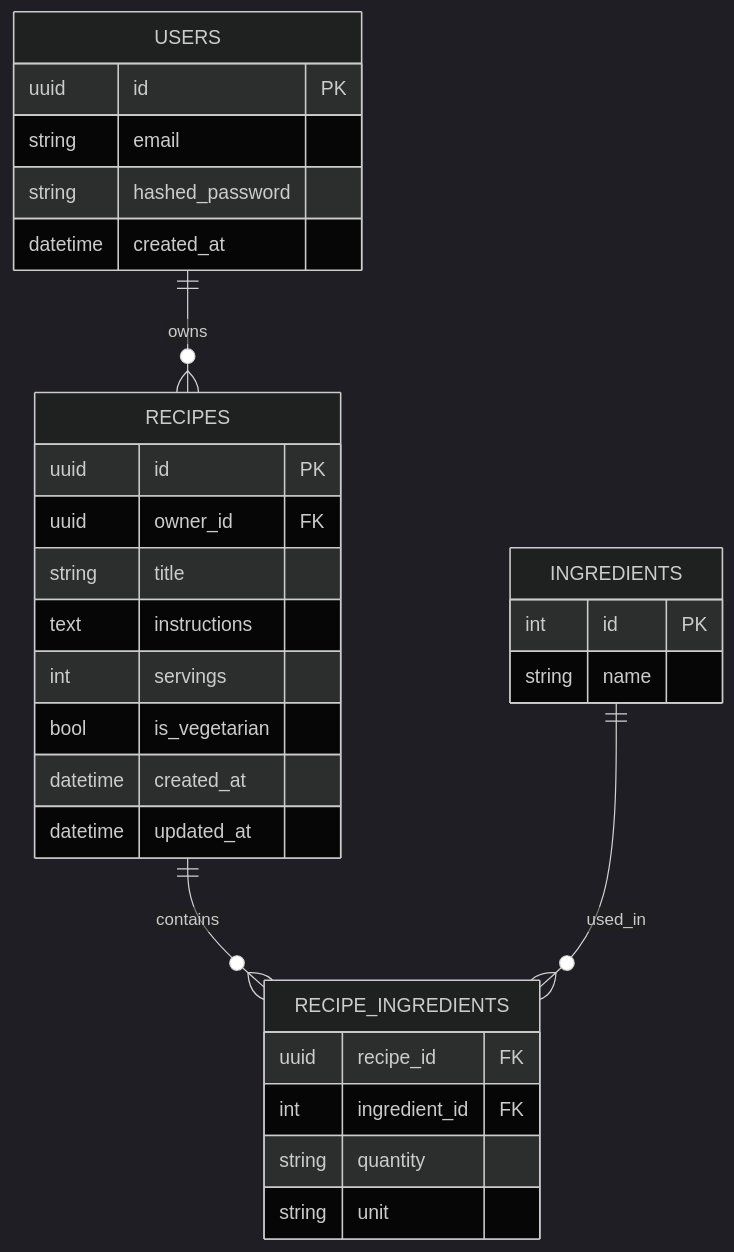
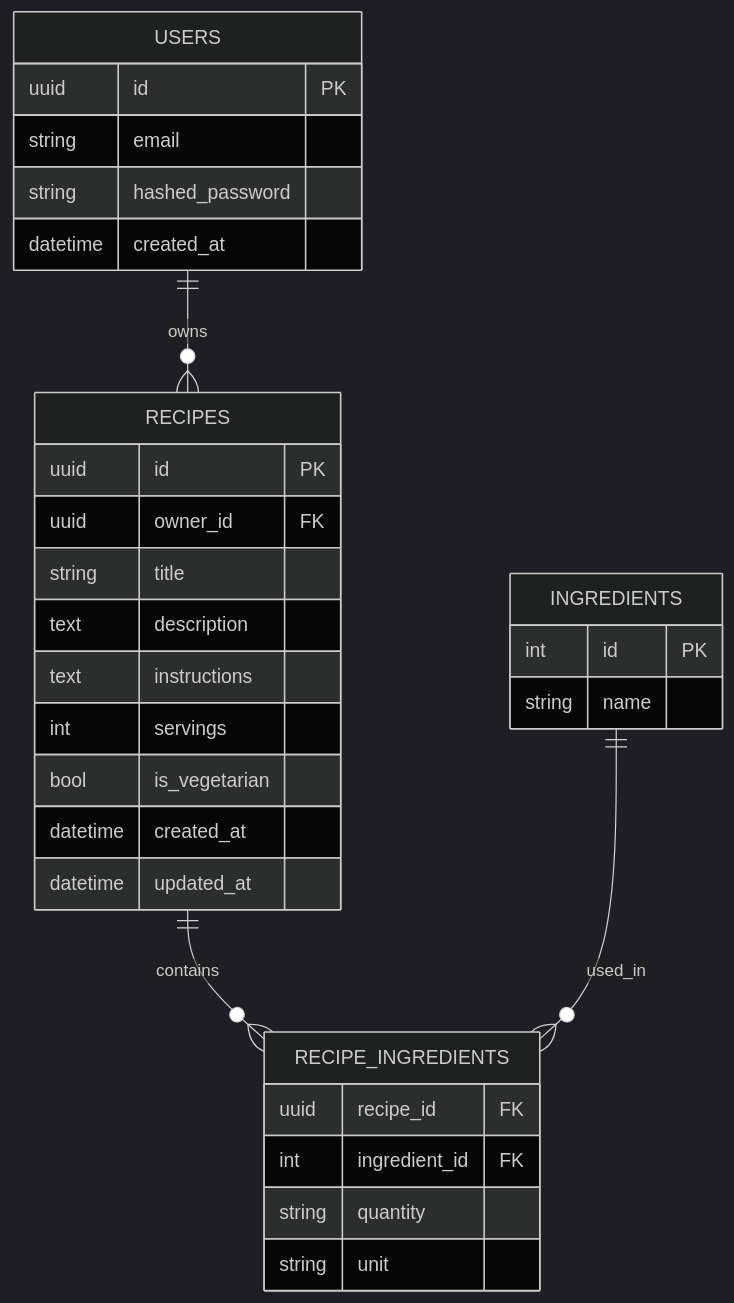
The third of 6 diagrams in docs/architecture.md (mohamedrks/recipe-manager), drawn with Mermaid (dark theme) before and after one commit. The commit also changed other lines of this file and 9 other files, not shown here.

Commit message:
Added docs and fixed architecture plan we did initially

````diff
--- a/docs/architecture.md
+++ b/docs/architecture.md
@@ -115,33 +114,34 @@
 ```mermaid
 erDiagram
     USERS ||--o{ RECIPES : owns
     RECIPES ||--o{ RECIPE_INGREDIENTS : contains
     INGREDIENTS ||--o{ RECIPE_INGREDIENTS : used_in
 
     USERS {
         uuid id PK
         string email
         string hashed_password
         datetime created_at
     }
     RECIPES {
         uuid id PK
         uuid owner_id FK
         string title
+        text description
         text instructions
         int servings
         bool is_vegetarian
         datetime created_at
         datetime updated_at
     }
     INGREDIENTS {
         int id PK
         string name
     }
     RECIPE_INGREDIENTS {
         uuid recipe_id FK
         int ingredient_id FK
         string quantity
         string unit
     }
 ```
````
